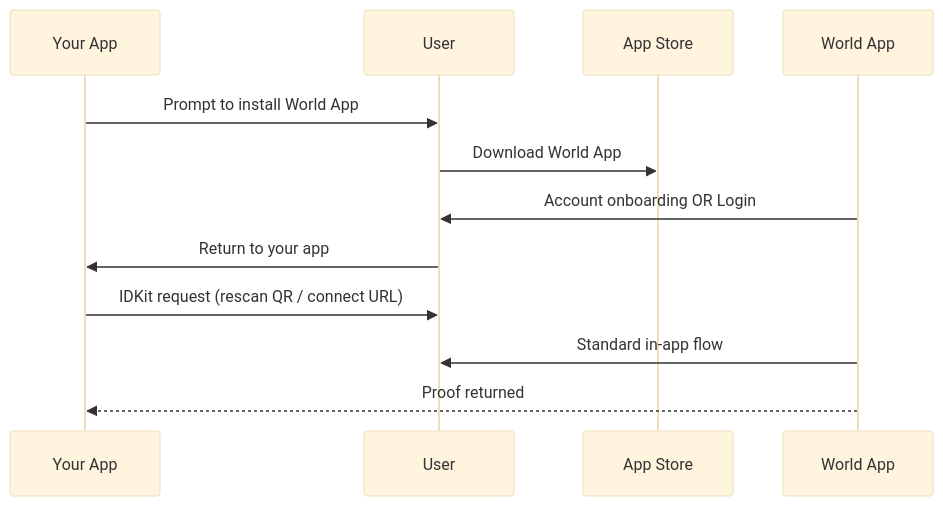
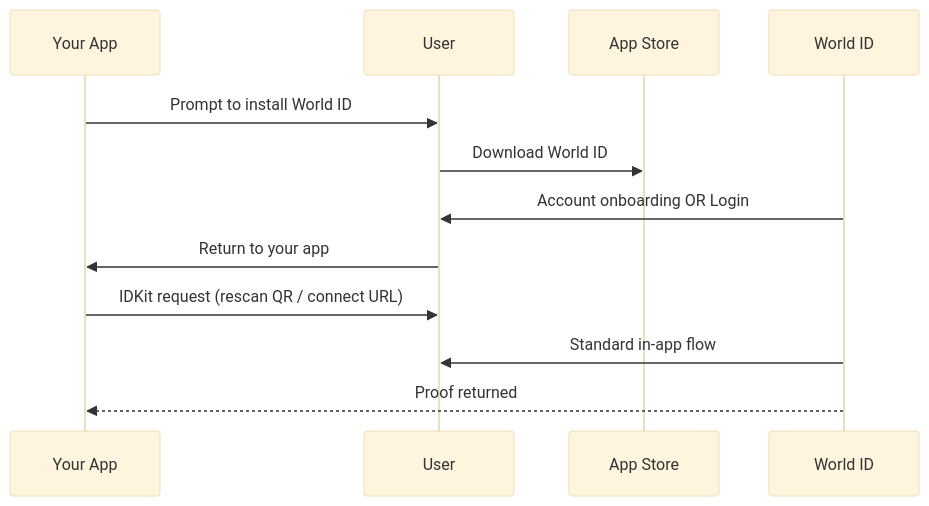
Before and after one commit to worldcoin/developer-docs: the second of 3 diagrams in world-id/idkit/verification-flows.mdx, drawn with Mermaid (base theme). The commit also changed other lines of this file and 9 other files, not shown here.

Commit message:
[world id] - switch to World ID instead of World App (#140)

````diff
--- a/world-id/idkit/verification-flows.mdx
+++ b/world-id/idkit/verification-flows.mdx
@@ -59,15 +59,15 @@
 ```mermaid
 sequenceDiagram
     participant App as Your App
     participant User
     participant Store as App Store
-    participant WA as World App
+    participant WA as World ID
 
-    App->>User: Prompt to install World App
-    User->>Store: Download World App
+    App->>User: Prompt to install World ID
+    User->>Store: Download World ID
     WA->>User: Account onboarding OR Login
     User->>App: Return to your app
     App->>User: IDKit request (rescan QR / connect URL)
     WA->>User: Standard in-app flow
     WA-->>App: Proof returned
 ```
````
